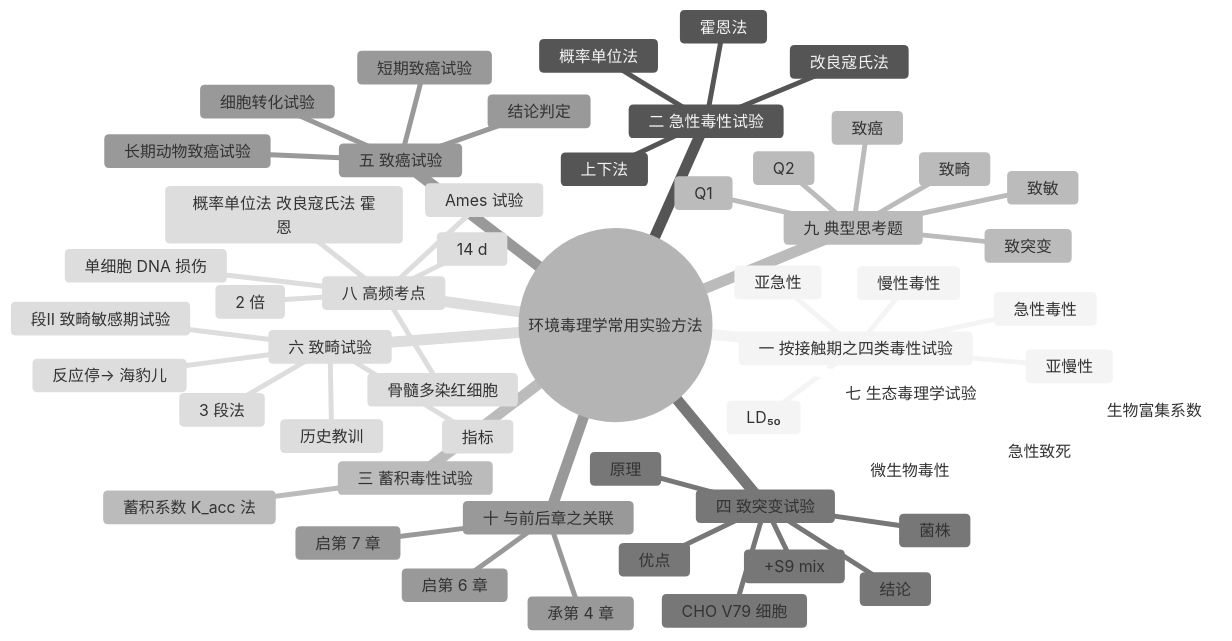
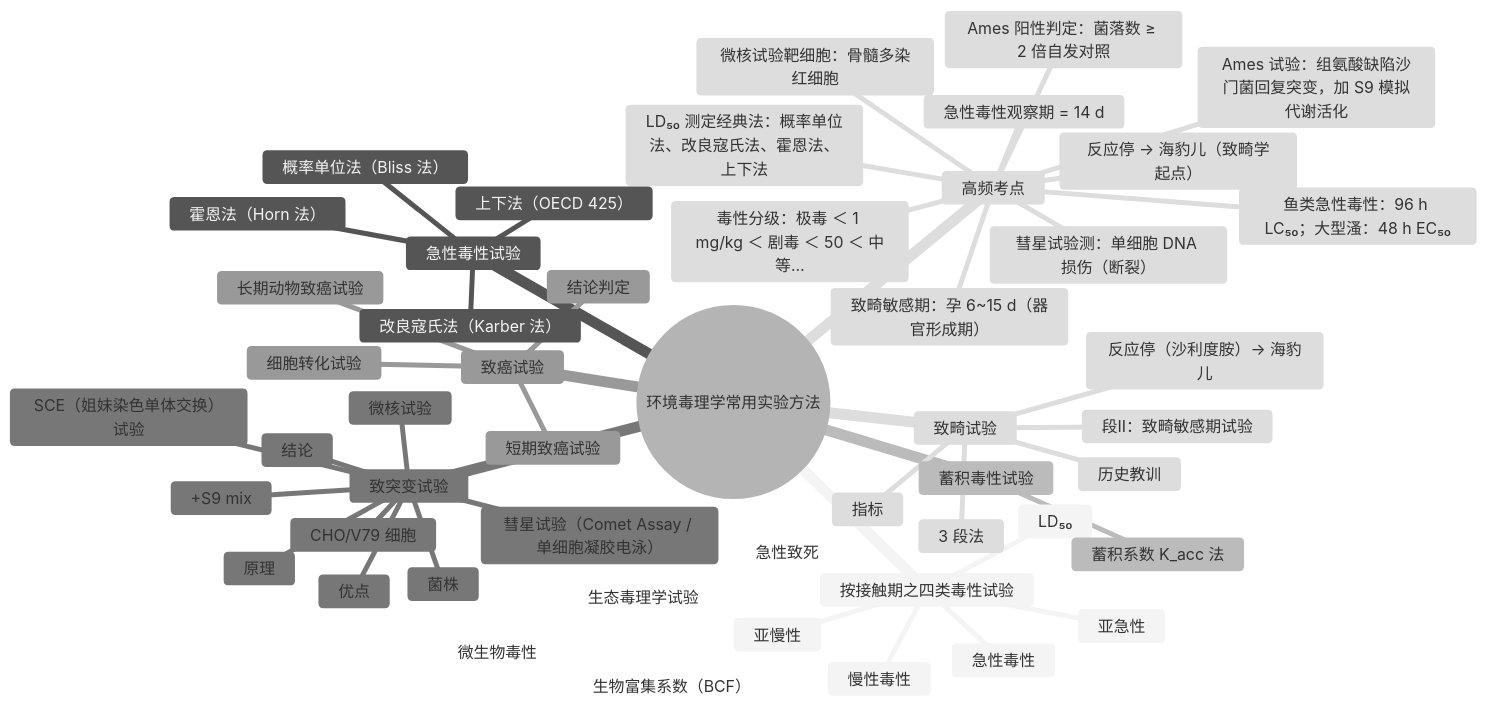
One commit to dao-genesis/xuexi-fuxi changed the diagram in 环境毒理学/03_解析成果/_素材/_第05章_环境毒理学常用实验方法.md. Above: the diagram before and after it, drawn with Mermaid (neutral theme). The commit also changed other lines of this file and 47 other files, not shown here.

````diff
--- a/环境毒理学/03_解析成果/_素材/_第05章_环境毒理学常用实验方法.md
+++ b/环境毒理学/03_解析成果/_素材/_第05章_环境毒理学常用实验方法.md
@@ -1466,57 +1462,53 @@
 ```mermaid
 mindmap
   root((环境毒理学常用实验方法))
-    一 按接触期之四类毒性试验
+    按接触期之四类毒性试验
       急性毒性
       LD₅₀
       亚急性
       亚慢性
       慢性毒性
-    二 急性毒性试验
-      概率单位法
-      改良寇氏法
-      霍恩法
-      上下法
-    三 蓄积毒性试验
+    急性毒性试验
+      概率单位法（Bliss 法）
+      改良寇氏法（Karber 法）
+      霍恩法（Horn 法）
+      上下法（OECD 425）
+    蓄积毒性试验
       蓄积系数 K_acc 法
-    四 致突变试验
+    致突变试验
       原理
       菌株
       +S9 mix
       优点
       结论
-      CHO V79 细胞
-    五 致癌试验
+      CHO/V79 细胞
+      微核试验
+      SCE（姐妹染色单体交换）试验
+      彗星试验（Comet Assay / 单细胞凝胶电泳）
+    致癌试验
       长期动物致癌试验
       短期致癌试验
       细胞转化试验
       结论判定
-    六 致畸试验
+    致畸试验
       3 段法
-      段Ⅱ 致畸敏感期试验
+      段Ⅱ：致畸敏感期试验
       指标
       历史教训
-      反应停→ 海豹儿
-    七 生态毒理学试验
+      反应停（沙利度胺）→ 海豹儿
+    生态毒理学试验
       急性致死
-      生物富集系数
+      生物富集系数（BCF）
       微生物毒性
-    八 高频考点
-      概率单位法 改良寇氏法 霍恩
-      14 d
-      Ames 试验
-      2 倍
-      骨髓多染红细胞
-      单细胞 DNA 损伤
-    九 典型思考题
-      Q1
-      Q2
-      致突变
-      致畸
-      致癌
-      致敏
-    十 与前后章之关联
-      承第 4 章
-      启第 6 章
-      启第 7 章
+    高频考点
+      LD₅₀ 测定经典法：概率单位法、改良寇氏法、霍恩法、上下法
+      急性毒性观察期 = 14 d
+      毒性分级：极毒 ＜ 1 mg/kg ＜ 剧毒 ＜ 50 ＜ 中等…
+      Ames 试验：组氨酸缺陷沙门菌回复突变，加 S9 模拟代谢活化
+      Ames 阳性判定：菌落数 ≥ 2 倍自发对照
+      微核试验靶细胞：骨髓多染红细胞
+      彗星试验测：单细胞 DNA 损伤（断裂）
+      致畸敏感期：孕 6~15 d（器官形成期）
+      反应停 → 海豹儿（致畸学起点）
+      鱼类急性毒性：96 h LC₅₀；大型溞：48 h EC₅₀
 ```
````
